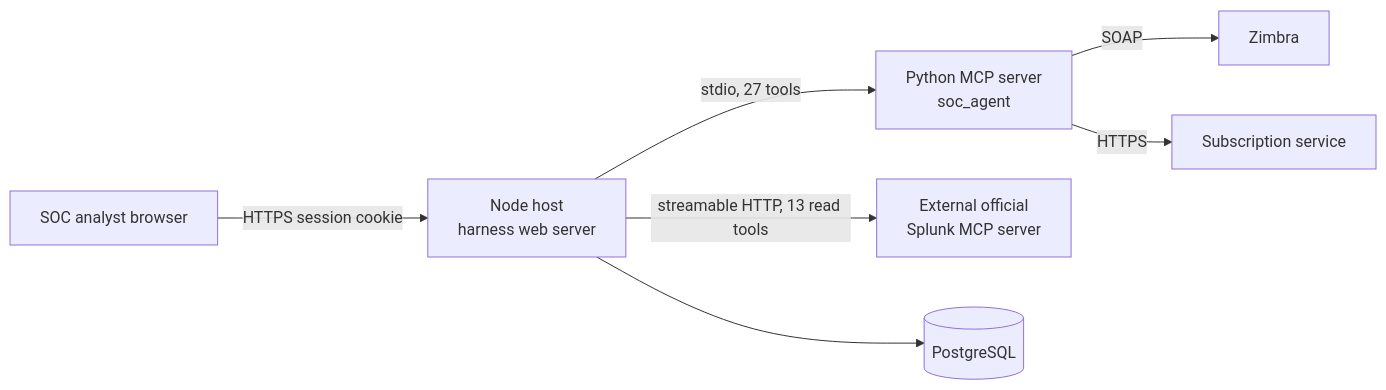
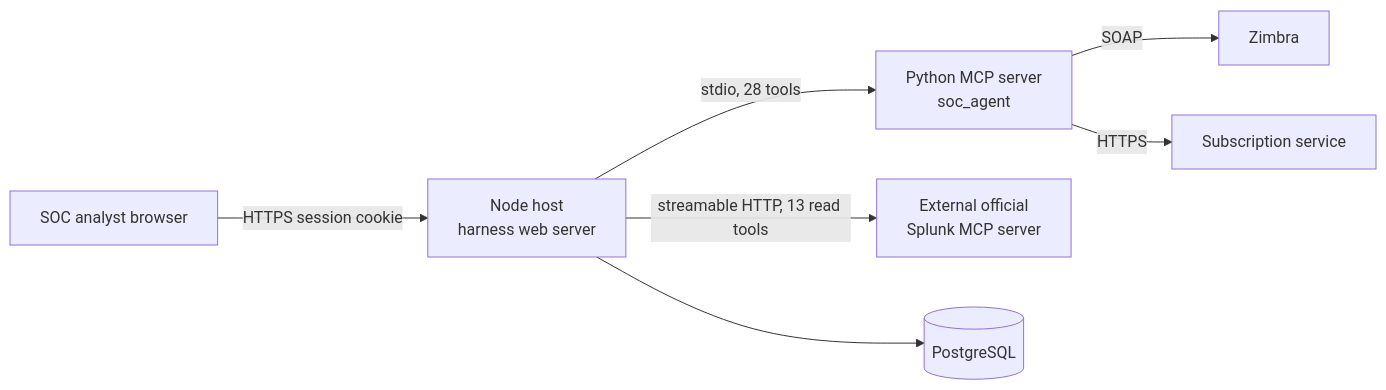
The diagram in docs/README.md (Benchan691/CITIC_AGENT), drawn with Mermaid before and after one commit. The commit also changed other lines of this file and 58 other files, not shown here.

````diff
--- a/docs/README.md
+++ b/docs/README.md
@@ -29,9 +29,9 @@
 ```mermaid
 flowchart LR
     A[SOC analyst browser] -->|HTTPS session cookie| B[Node host<br/>harness web server]
-    B -->|stdio, 27 tools| C[Python MCP server<br/>soc_agent]
+    B -->|stdio, 28 tools| C[Python MCP server<br/>soc_agent]
     C -->|SOAP| Z[Zimbra]
     C -->|HTTPS| S[Subscription service]
     B -->|streamable HTTP, 13 read tools| SP[External official<br/>Splunk MCP server]
     B --> P[(PostgreSQL)]
 ```
````
